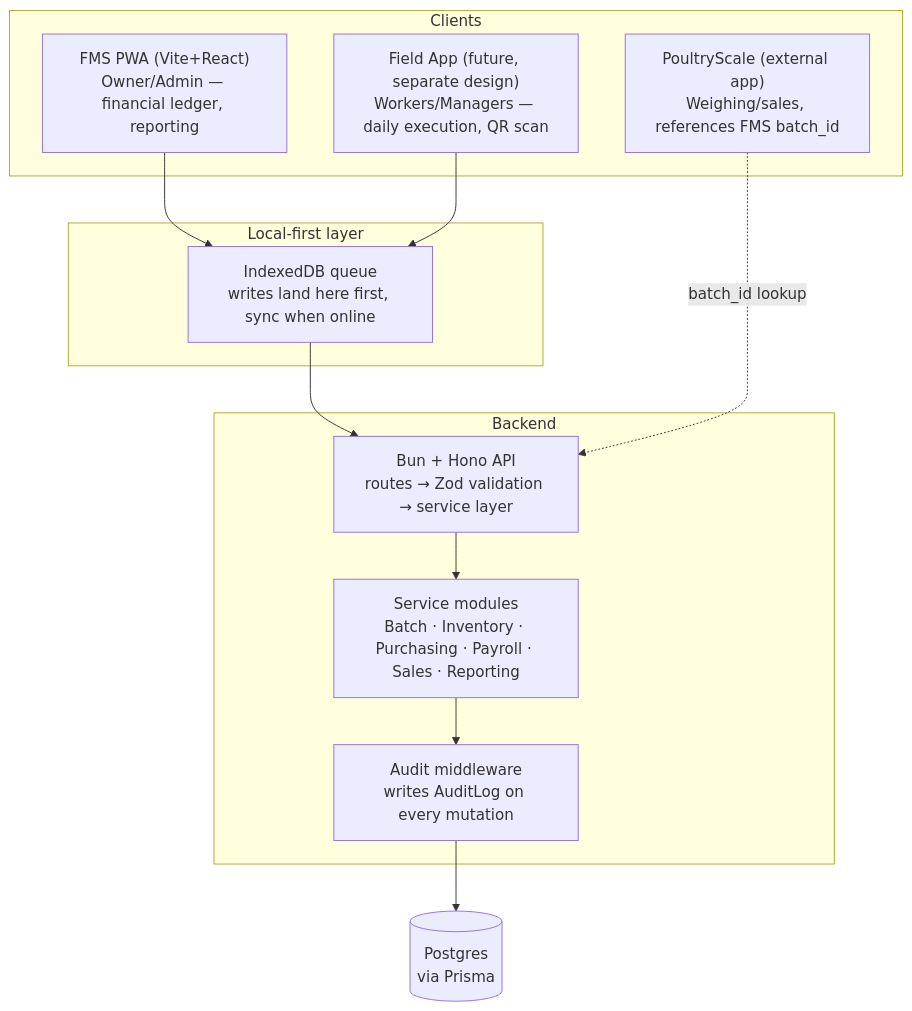
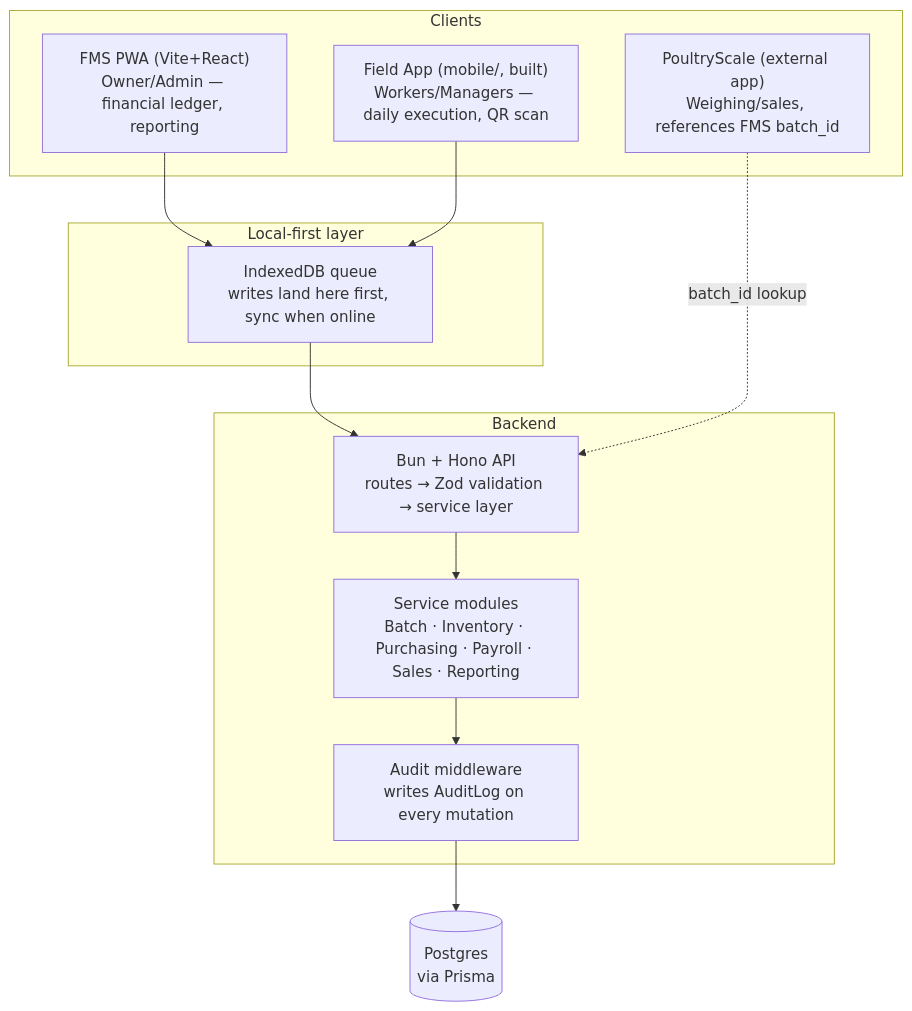
Before and after one commit to AFIF-ZILANI/fms-backend: the diagram in docs/system-design-arc.md, drawn with Mermaid. The commit also changed other lines of this file and 12 other files, not shown here.

````diff
--- a/docs/system-design-arc.md
+++ b/docs/system-design-arc.md
@@ -18,25 +18,25 @@
 ```mermaid
 graph TB
     subgraph Clients
         PWA["FMS PWA (Vite+React)<br/>Owner/Admin — financial ledger, reporting"]
-        MOBILE["Field App (future, separate design)<br/>Workers/Managers — daily execution, QR scan"]
+        MOBILE["Field App (mobile/, built)<br/>Workers/Managers — daily execution, QR scan"]
         POULTRYSCALE["PoultryScale (external app)<br/>Weighing/sales, references FMS batch_id"]
     end
 
     subgraph "Local-first layer"
         IDB["IndexedDB queue<br/>writes land here first, sync when online"]
     end
 
     subgraph Backend
         API["Bun + Hono API<br/>routes → Zod validation → service layer"]
         SVC["Service modules<br/>Batch · Inventory · Purchasing · Payroll · Sales · Reporting"]
         AUDIT["Audit middleware<br/>writes AuditLog on every mutation"]
     end
 
     DB[("Postgres<br/>via Prisma")]
 
     PWA --> IDB --> API
     MOBILE --> IDB
     POULTRYSCALE -. batch_id lookup .-> API
     API --> SVC --> AUDIT --> DB
 ```
````
